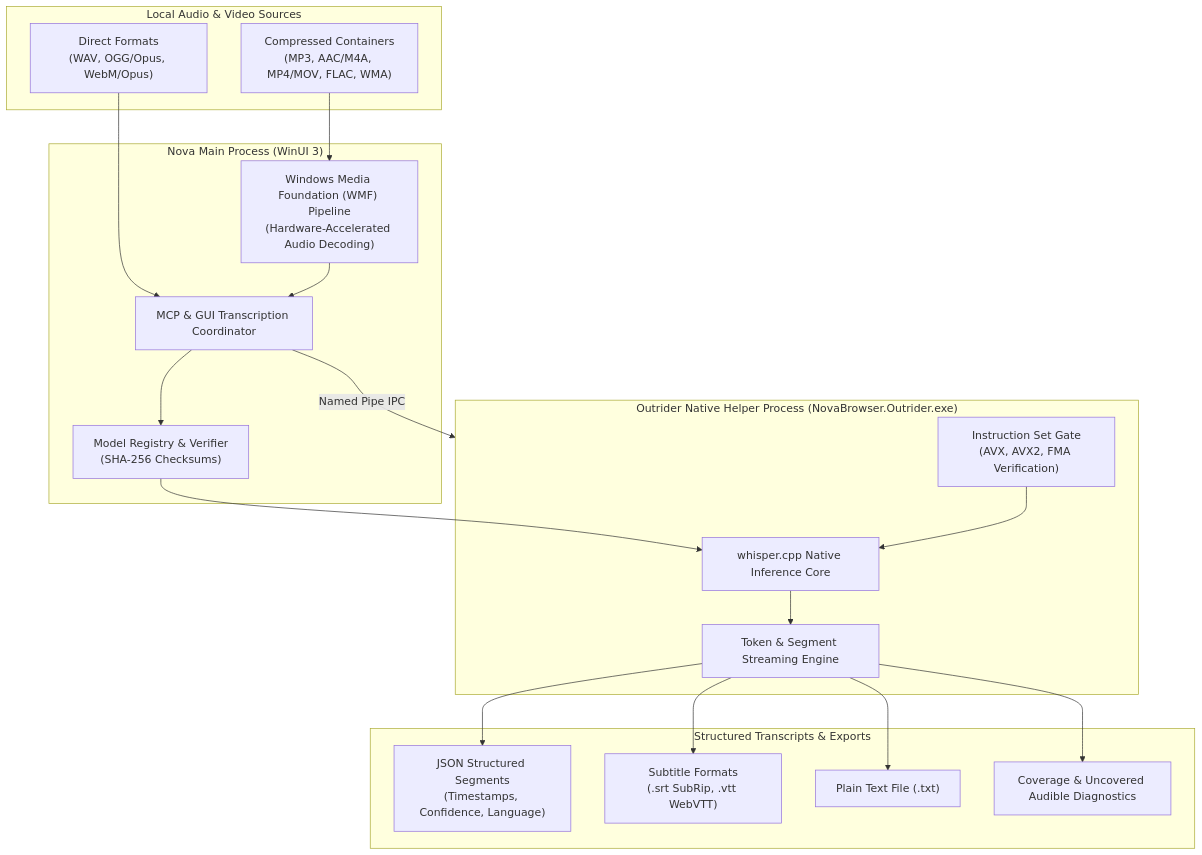
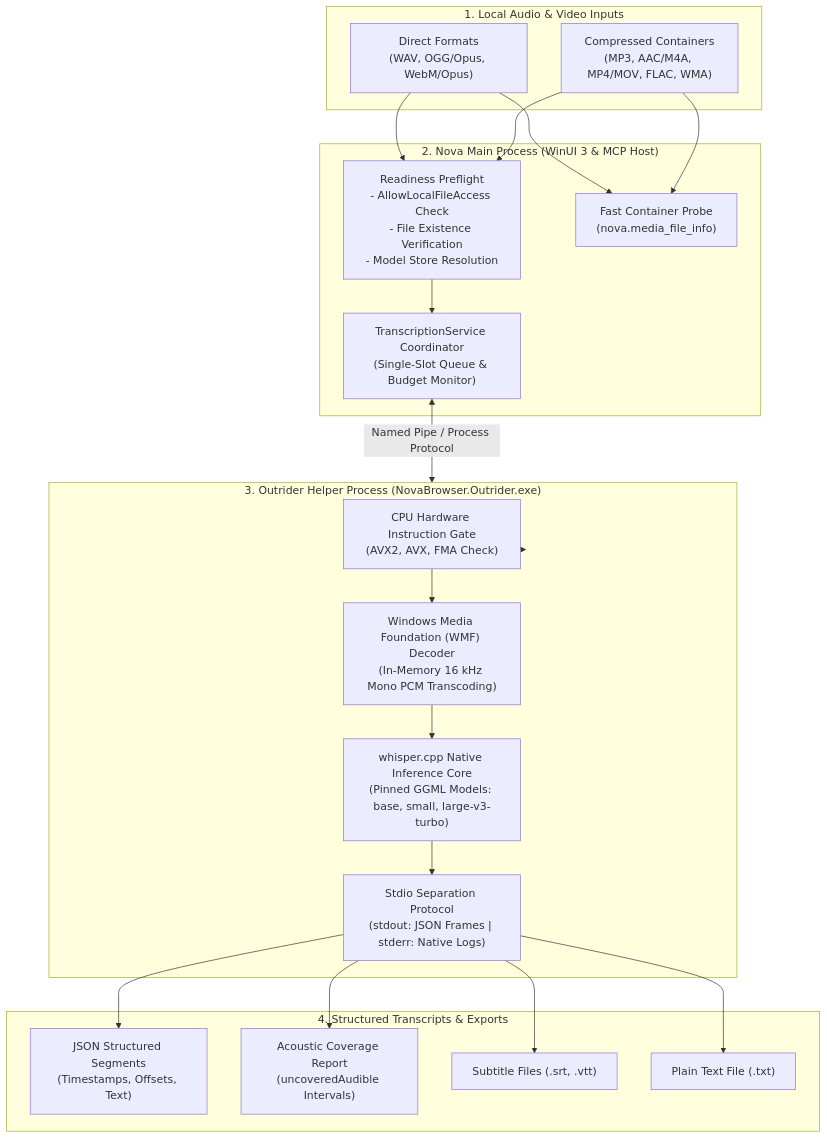
Before and after one commit to joelaniol/nova: the first of 3 diagrams in docs/core-features/media-intelligence/transcription/README.md, drawn with Mermaid. The commit also changed other lines of this file and 11 other files, not shown here.

Commit message:
docs(media-intelligence): expand architectural reference with Outrider boundary, WMF decoding, crash guards, and permission provenance

````diff
--- a/docs/core-features/media-intelligence/transcription/README.md
+++ b/docs/core-features/media-intelligence/transcription/README.md
@@ -7,40 +7,36 @@
 ```mermaid
 flowchart TD
-    subgraph InputFiles["Local Audio & Video Sources"]
+    subgraph AudioSources["1. Local Audio & Video Inputs"]
         DirectAudio["Direct Formats\n(WAV, OGG/Opus, WebM/Opus)"]
-        WMFAudio["Compressed Containers\n(MP3, AAC/M4A, MP4/MOV, FLAC, WMA)"]
+        WMFContainers["Compressed Containers\n(MP3, AAC/M4A, MP4/MOV, FLAC, WMA)"]
     end
 
-    subgraph HostNova["Nova Main Process (WinUI 3)"]
-        TranscribeAPI["MCP & GUI Transcription Coordinator"]
-        ModelManager["Model Registry & Verifier\n(SHA-256 Checksums)"]
-        WMFPipeline["Windows Media Foundation (WMF) Pipeline\n(Hardware-Accelerated Audio Decoding)"]
+    subgraph HostNova["2. Nova Main Process (WinUI 3 & MCP Host)"]
+        PreflightGate["Readiness Preflight\n- AllowLocalFileAccess Check\n- File Existence Verification\n- Model Store Resolution"]
+        TranscribeService["TranscriptionService Coordinator\n(Single-Slot Queue & Budget Monitor)"]
+        FastProbe["Fast Container Probe\n(nova.media_file_info)"]
     end
 
-    subgraph OutriderSandbox["Outrider Native Helper Process (NovaBrowser.Outrider.exe)"]
-        CPUCheck["Instruction Set Gate\n(AVX, AVX2, FMA Verification)"]
-        WhisperCore["whisper.cpp Native Inference Core"]
-        SegmentStreamer["Token & Segment Streaming Engine"]
+    subgraph OutriderSandbox["3. Outrider Helper Process (NovaBrowser.Outrider.exe)"]
+        CPUGate["CPU Hardware Instruction Gate\n(AVX2, AVX, FMA Check)"]
+        WMFDecoder["Windows Media Foundation (WMF) Decoder\n(In-Memory 16 kHz Mono PCM Transcoding)"]
+        WhisperCore["whisper.cpp Native Inference Core\n(Pinned GGML Models: base, small, large-v3-turbo)"]
+        StreamProtocol["Stdio Separation Protocol\n(stdout: JSON Frames | stderr: Native Logs)"]
     end
 
-    subgraph Outputs["Structured Transcripts & Exports"]
-        JSONOutput["JSON Structured Segments\n(Timestamps, Confidence, Language)"]
-        Subtitles["Subtitle Formats\n(.srt SubRip, .vtt WebVTT)"]
+    subgraph Outputs["4. Structured Transcripts & Exports"]
+        JSONOutput["JSON Structured Segments\n(Timestamps, Offsets, Text)"]
+        CoverageReport["Acoustic Coverage Report\n(uncoveredAudible Intervals)"]
+        Subtitles["Subtitle Files (.srt, .vtt)"]
         PlainText["Plain Text File (.txt)"]
-        CoverageReport["Coverage & Uncovered Audible Diagnostics"]
     end
 
-    DirectAudio --> TranscribeAPI
-    WMFAudio --> WMFPipeline --> TranscribeAPI
-    TranscribeAPI --> ModelManager
+    DirectAudio & WMFContainers --> PreflightGate
+    DirectAudio & WMFContainers --> FastProbe
+    PreflightGate --> TranscribeService
 
-    TranscribeAPI -->|Named Pipe IPC| OutriderSandbox
-    ModelManager --> WhisperCore
-    CPUCheck --> WhisperCore
-    WhisperCore --> SegmentStreamer
+    TranscribeService <-->|Named Pipe / Process Protocol| OutriderSandbox
+    OutriderSandbox --> CPUGate --> WMFDecoder --> WhisperCore --> StreamProtocol
 
-    SegmentStreamer --> JSONOutput
-    SegmentStreamer --> Subtitles
-    SegmentStreamer --> PlainText
-    SegmentStreamer --> CoverageReport
+    StreamProtocol --> JSONOutput & CoverageReport & Subtitles & PlainText
 ```
````
